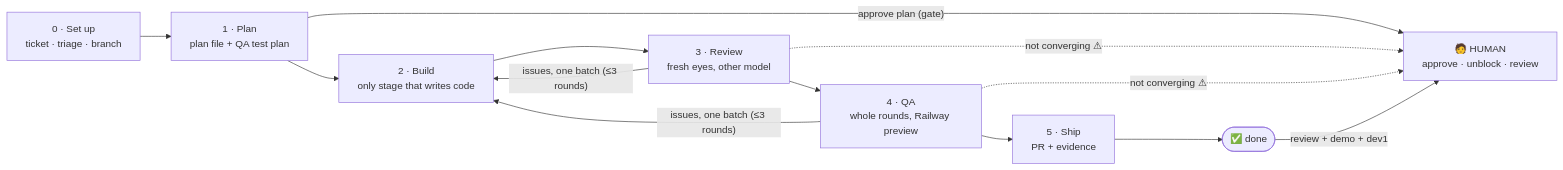
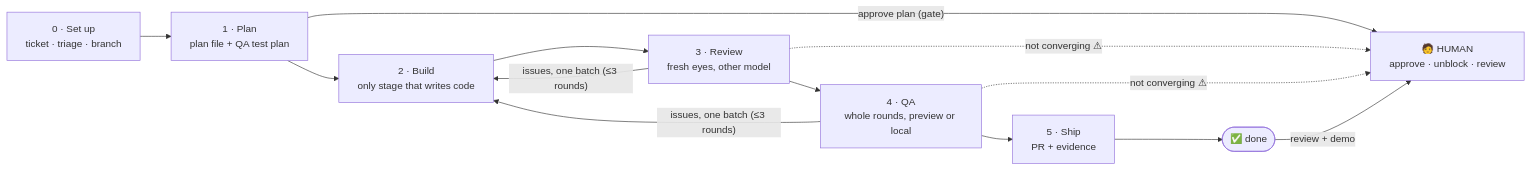
One commit to s-ashwinkumar/shield changed the diagram in playbook/workflow.md. Above: the diagram before and after it, drawn with Mermaid. The commit also changed other lines of this file and 112 other files, not shown here.

````diff
--- a/playbook/workflow.md
+++ b/playbook/workflow.md
@@ -17,18 +16,18 @@
 ```mermaid
 flowchart LR
     S0["0 · Set up<br/>ticket · triage · branch"] --> S1["1 · Plan<br/>plan file + QA test plan"]
     S1 --> S2["2 · Build<br/>only stage that writes code"]
     S2 --> S3["3 · Review<br/>fresh eyes, other model"]
-    S3 --> S4["4 · QA<br/>whole rounds, Railway preview"]
+    S3 --> S4["4 · QA<br/>whole rounds, preview or local"]
     S4 --> S5["5 · Ship<br/>PR + evidence"]
     S5 --> DONE(["✅ done"])
 
     S3 -- "issues, one batch (≤3 rounds)" --> S2
     S4 -- "issues, one batch (≤3 rounds)" --> S2
 
     H["🧑 HUMAN<br/>approve · unblock · review"]
     S1 -- "approve plan (gate)" --> H
     S3 -. "not converging ⚠" .-> H
     S4 -. "not converging ⚠" .-> H
-    DONE -- "review + demo + dev1" --> H
+    DONE -- "review + demo" --> H
 ```
````
